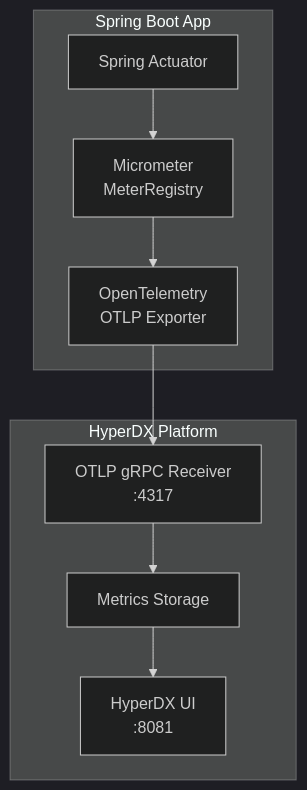
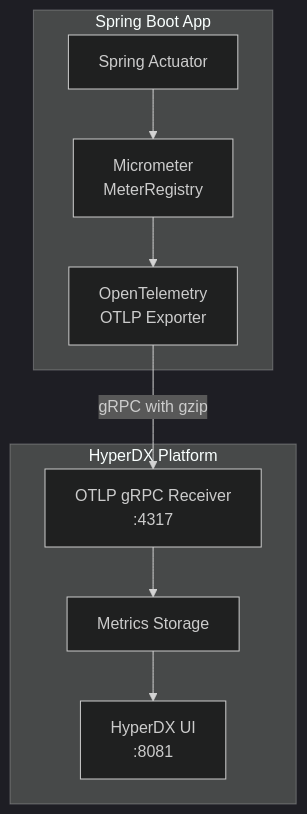
The fifth of 5 diagrams in docs/deepwiki/Spring-Actuator-and-Health-Checks.md (philipz/spring-modular-monolith), drawn with Mermaid (dark theme) before and after one commit. The commit also changed other lines of this file and 55 other files, not shown here.

````diff
--- a/docs/deepwiki/Spring-Actuator-and-Health-Checks.md
+++ b/docs/deepwiki/Spring-Actuator-and-Health-Checks.md
@@ -690,28 +690,28 @@
 ```mermaid
 flowchart TD
 
 Actuator["Spring Actuator"]
 Micrometer["Micrometer<br>MeterRegistry"]
 OTLP["OpenTelemetry<br>OTLP Exporter"]
 OTLPReceiver["OTLP gRPC Receiver<br>:4317"]
 MetricsStore["Metrics Storage"]
 Dashboard["HyperDX UI<br>:8081"]
 
-OTLP --> OTLPReceiver
+OTLP -->|"gRPC with gzip"| OTLPReceiver
 
 subgraph subGraph1 ["HyperDX Platform"]
     OTLPReceiver
     MetricsStore
     Dashboard
     OTLPReceiver --> MetricsStore
     MetricsStore --> Dashboard
 end
 
 subgraph subGraph0 ["Spring Boot App"]
     Actuator
     Micrometer
     OTLP
     Actuator --> Micrometer
     Micrometer --> OTLP
 end
 ```
````
